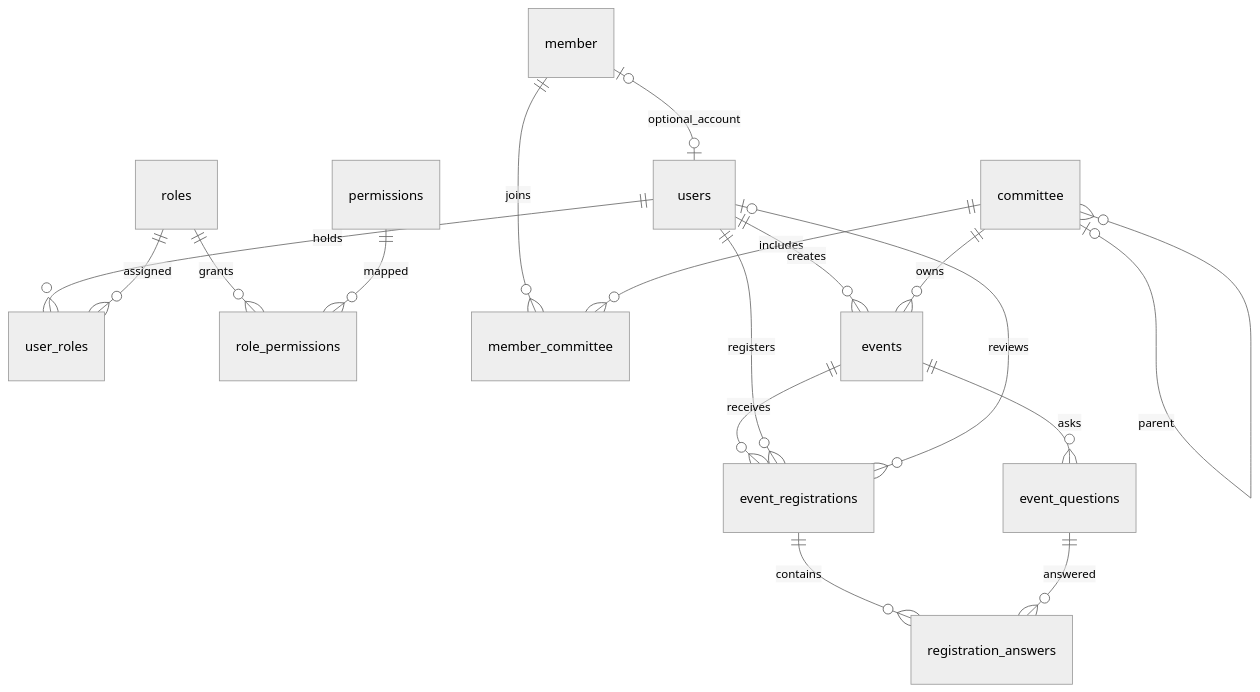
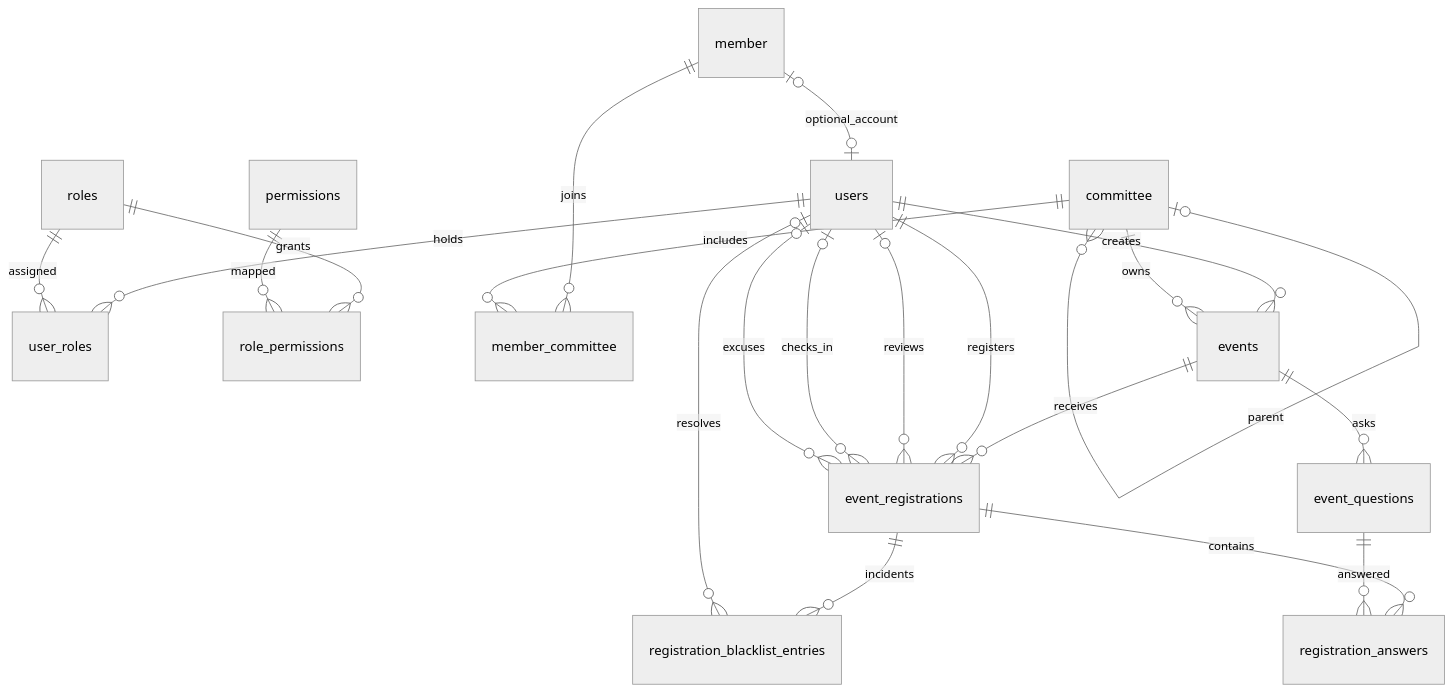
One commit to gdgocdev-maker/gdg-main-platform-backend changed the diagram in docs/superpowers/specs/2026-10-05-core-database-design.md. Above: the diagram before and after it, drawn with Mermaid (neutral theme). The commit also changed other lines of this file and 4 other files, not shown here.

Commit message:
docs: finalize database schema plan and review decisions

````diff
--- a/docs/superpowers/specs/2026-10-05-core-database-design.md
+++ b/docs/superpowers/specs/2026-10-05-core-database-design.md
@@ -168,19 +202,23 @@
 ```mermaid
 erDiagram
   member o|--o| users : optional_account
   users ||--o{ user_roles : holds
   roles ||--o{ user_roles : assigned
   roles ||--o{ role_permissions : grants
   permissions ||--o{ role_permissions : mapped
   committee o|--o{ committee : parent
   member ||--o{ member_committee : joins
   committee ||--o{ member_committee : includes
   users ||--o{ events : creates
   committee ||--o{ events : owns
   events ||--o{ event_questions : asks
   events ||--o{ event_registrations : receives
   users ||--o{ event_registrations : registers
   users o|--o{ event_registrations : reviews
   event_registrations ||--o{ registration_answers : contains
   event_questions ||--o{ registration_answers : answered
+  event_registrations ||--o{ registration_blacklist_entries : incidents
+  users o|--o{ registration_blacklist_entries : resolves
+  users o|--o{ event_registrations : checks_in
+  users o|--o{ event_registrations : excuses
 ```
````
